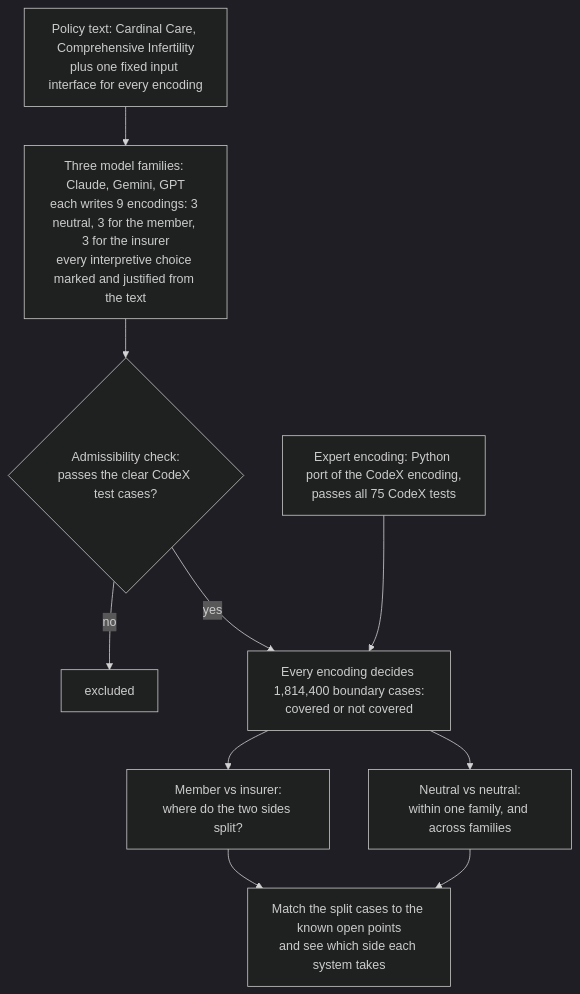
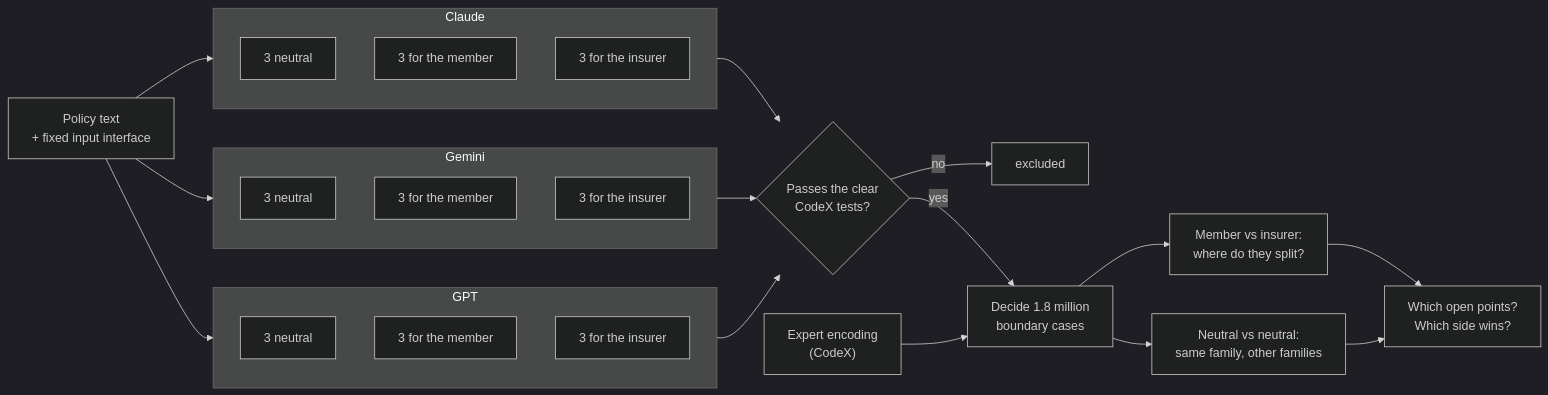
The diagram in README.md (mert-ayv/what-disagreement-cannot-see-pilot), drawn with Mermaid (dark theme) before and after one commit. The commit also changed other lines of this file, not shown here.

Commit message:
README: diagram shows families and roles, shorter labels

````diff
--- a/README.md
+++ b/README.md
@@ -14,13 +15,31 @@
 ```mermaid
-flowchart TB
-    T["Policy text: Cardinal Care, Comprehensive Infertility<br/>plus one fixed input interface for every encoding"]
-    T --> F["Three model families: Claude, Gemini, GPT<br/>each writes 9 encodings: 3 neutral, 3 for the member, 3 for the insurer<br/>every interpretive choice marked and justified from the text"]
-    F --> A{"Admissibility check:<br/>passes the clear CodeX test cases?"}
+flowchart LR
+    T["Policy text<br/>+ fixed input interface"]
+    subgraph C["Claude"]
+        direction TB
+        C1["3 neutral"]
+        C2["3 for the member"]
+        C3["3 for the insurer"]
+    end
+    subgraph G["Gemini"]
+        direction TB
+        G1["3 neutral"]
+        G2["3 for the member"]
+        G3["3 for the insurer"]
+    end
+    subgraph O["GPT"]
+        direction TB
+        O1["3 neutral"]
+        O2["3 for the member"]
+        O3["3 for the insurer"]
+    end
+    T --> C & G & O
+    C & G & O --> A{"Passes the clear<br/>CodeX tests?"}
     A -- "no" --> X["excluded"]
-    A -- "yes" --> G["Every encoding decides 1,814,400 boundary cases:<br/>covered or not covered"]
-    E["Expert encoding: Python port of the CodeX encoding,<br/>passes all 75 CodeX tests"] --> G
-    G --> M1["Member vs insurer:<br/>where do the two sides split?"]
-    G --> M2["Neutral vs neutral:<br/>within one family, and across families"]
-    M1 --> P["Match the split cases to the known open points<br/>and see which side each system takes"]
+    A -- "yes" --> R["Decide 1.8 million<br/>boundary cases"]
+    E["Expert encoding<br/>(CodeX)"] --> R
+    R --> M1["Member vs insurer:<br/>where do they split?"]
+    R --> M2["Neutral vs neutral:<br/>same family, other families"]
+    M1 --> P["Which open points?<br/>Which side wins?"]
     M2 --> P
 ```
````
